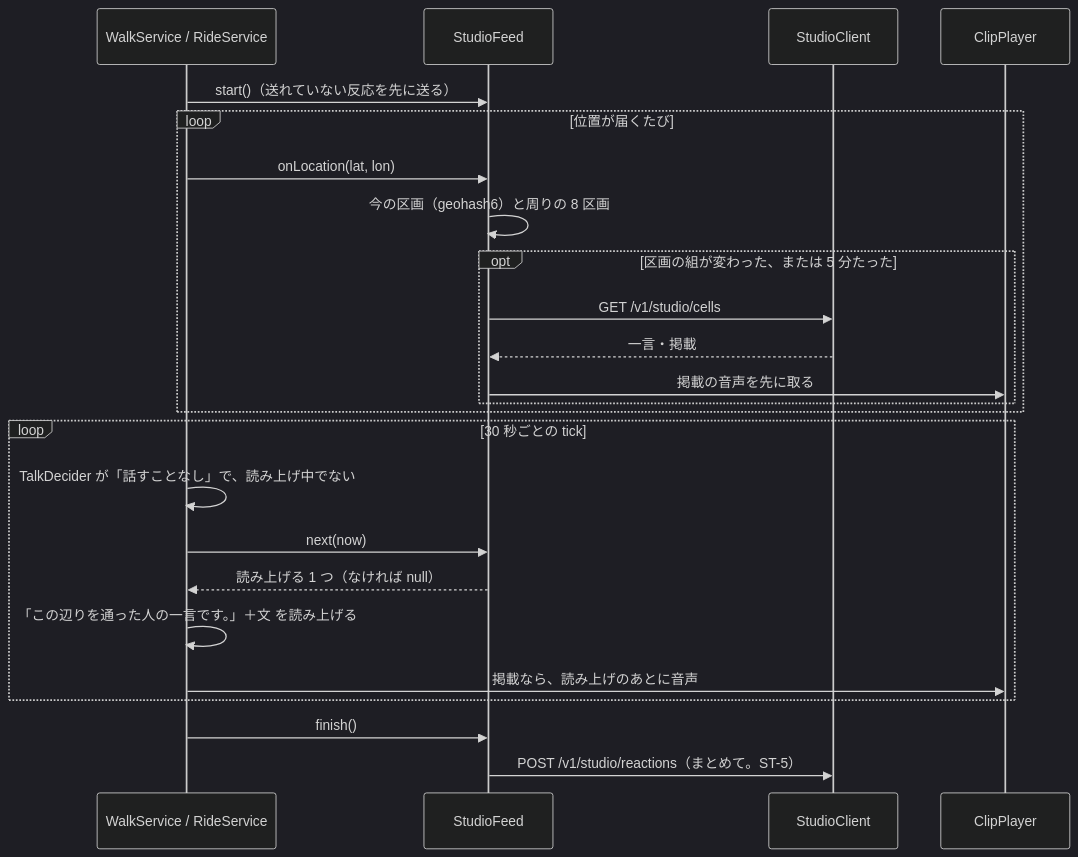
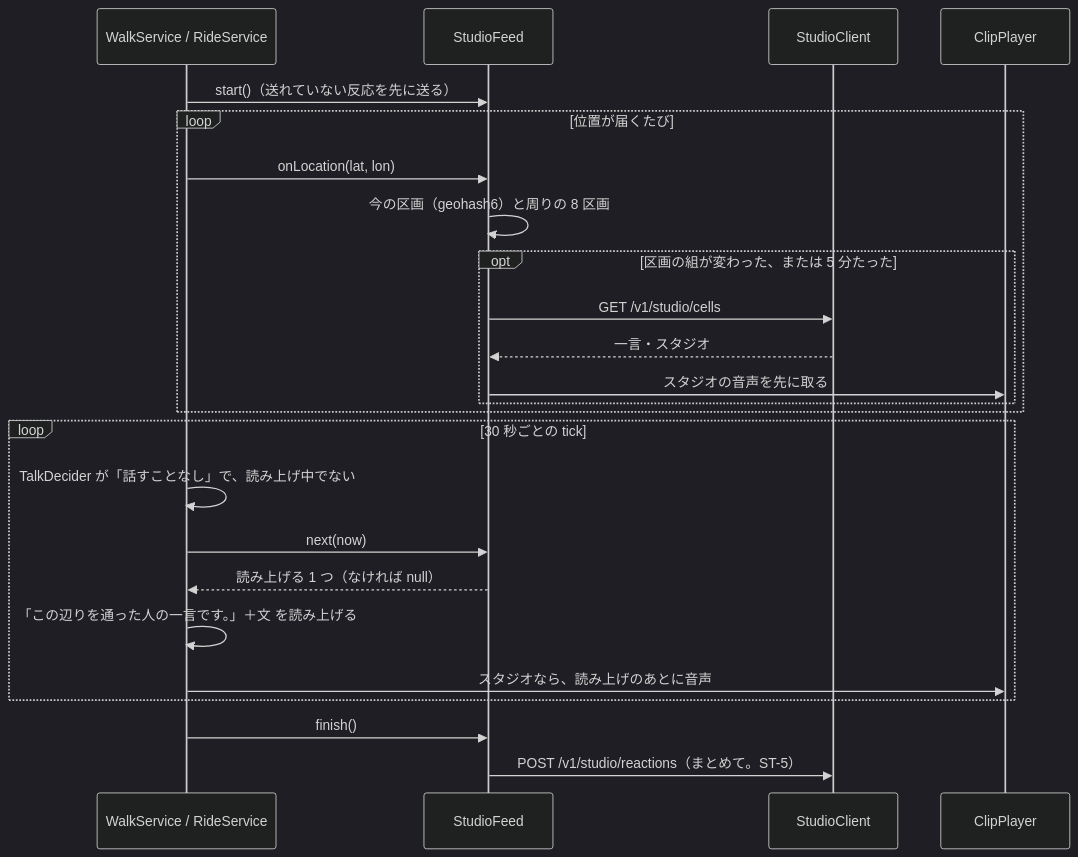
Before and after one commit to duwenji/yorisoi-platform: the diagram in kit-studio/README.md, drawn with Mermaid (dark theme). The commit also changed other lines of this file and 12 other files, not shown here.

````diff
--- a/kit-studio/README.md
+++ b/kit-studio/README.md
@@ -22,26 +22,26 @@
 ```mermaid
 sequenceDiagram
     participant S as WalkService / RideService
     participant F as StudioFeed
     participant C as StudioClient
     participant P as ClipPlayer
     S->>F: start()（送れていない反応を先に送る）
     loop 位置が届くたび
         S->>F: onLocation(lat, lon)
         F->>F: 今の区画（geohash6）と周りの 8 区画
         opt 区画の組が変わった、または 5 分たった
             F->>C: GET /v1/studio/cells
-            C-->>F: 一言・掲載
-            F->>P: 掲載の音声を先に取る
+            C-->>F: 一言・スタジオ
+            F->>P: スタジオの音声を先に取る
         end
     end
     loop 30 秒ごとの tick
         S->>S: TalkDecider が「話すことなし」で、読み上げ中でない
         S->>F: next(now)
         F-->>S: 読み上げる 1 つ（なければ null）
         S->>S: 「この辺りを通った人の一言です。」＋文 を読み上げる
-        S->>P: 掲載なら、読み上げのあとに音声
+        S->>P: スタジオなら、読み上げのあとに音声
     end
     S->>F: finish()
     F->>C: POST /v1/studio/reactions（まとめて。ST-5）
 ```
````
